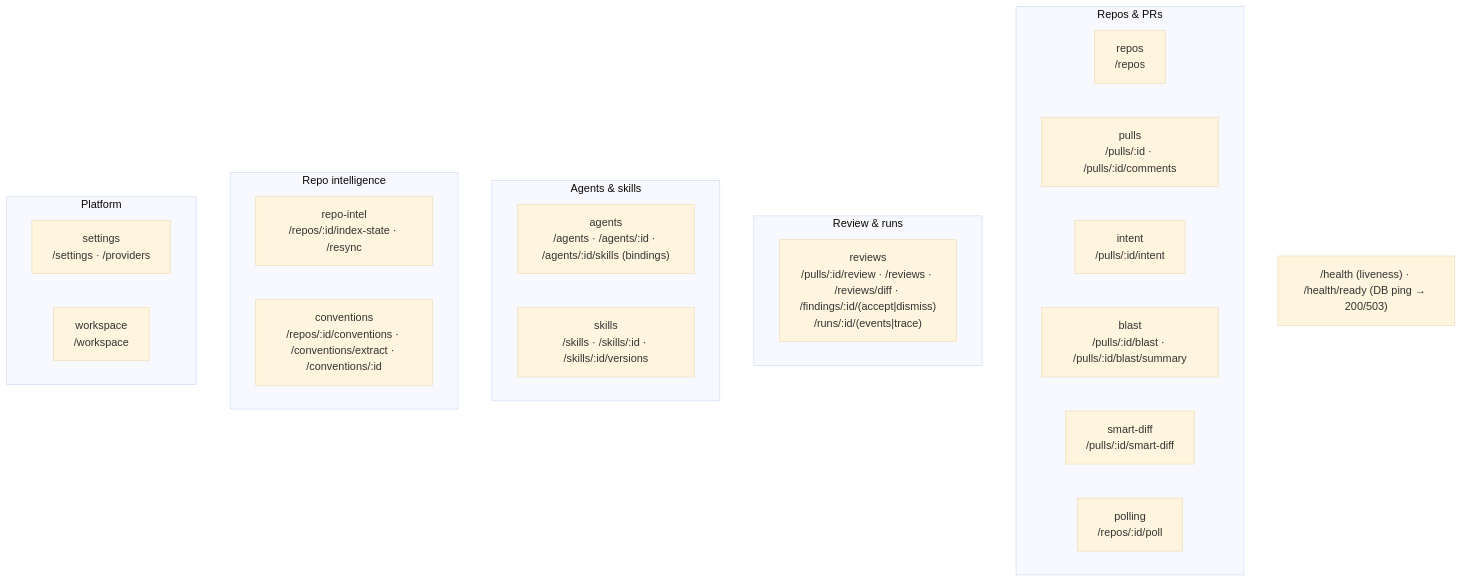
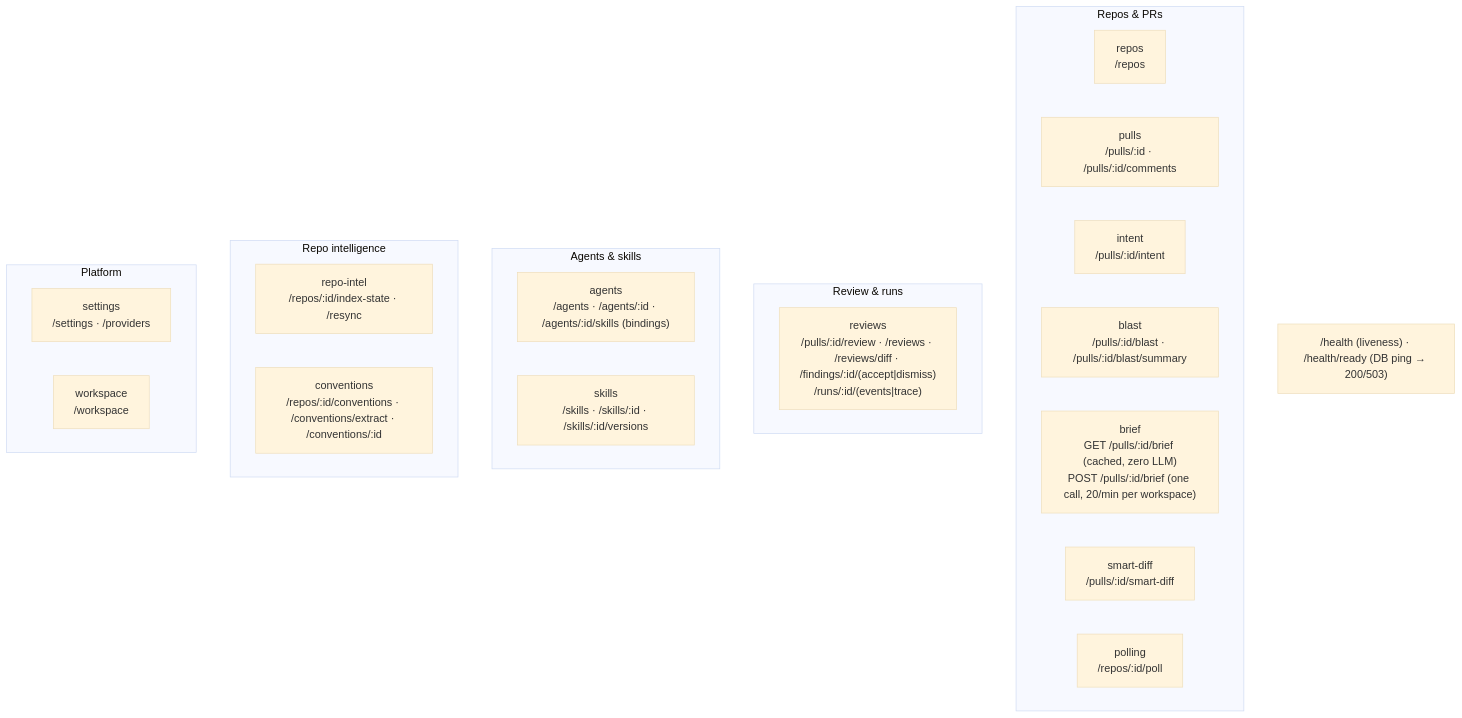
The second of 2 diagrams in server/README.md (Holubinka/dev-digest), drawn with Mermaid (base theme) before and after one commit. The commit also changed 32 other files, not shown here.

````diff
--- a/server/README.md
+++ b/server/README.md
@@ -64,27 +64,28 @@
 ```mermaid
 flowchart TB
   subgraph Repos_PRs["Repos & PRs"]
     repos["repos<br/>/repos"]
     pulls["pulls<br/>/pulls/:id · /pulls/:id/comments"]
     intent["intent<br/>/pulls/:id/intent"]
     blast["blast<br/>/pulls/:id/blast · /pulls/:id/blast/summary"]
+    brief["brief<br/>GET /pulls/:id/brief (cached, zero LLM)<br/>POST /pulls/:id/brief (one call, 20/min per workspace)"]
     smartDiff["smart-diff<br/>/pulls/:id/smart-diff"]
     polling["polling<br/>/repos/:id/poll"]
   end
   subgraph Review["Review & runs"]
     reviews["reviews<br/>/pulls/:id/review · /reviews · /reviews/diff · /findings/:id/(accept|dismiss)<br/>/runs/:id/(events|trace)"]
   end
   subgraph Agents["Agents & skills"]
     agents["agents<br/>/agents · /agents/:id · /agents/:id/skills (bindings)"]
     skills["skills<br/>/skills · /skills/:id · /skills/:id/versions"]
   end
   subgraph Intel["Repo intelligence"]
     repoIntel["repo-intel<br/>/repos/:id/index-state · /resync"]
     conventions["conventions<br/>/repos/:id/conventions · /conventions/extract · /conventions/:id"]
   end
   subgraph Platform["Platform"]
     settings["settings<br/>/settings · /providers"]
     workspace["workspace<br/>/workspace"]
   end
   HEALTH["/health (liveness) · /health/ready (DB ping → 200/503)"]
 ```
````
